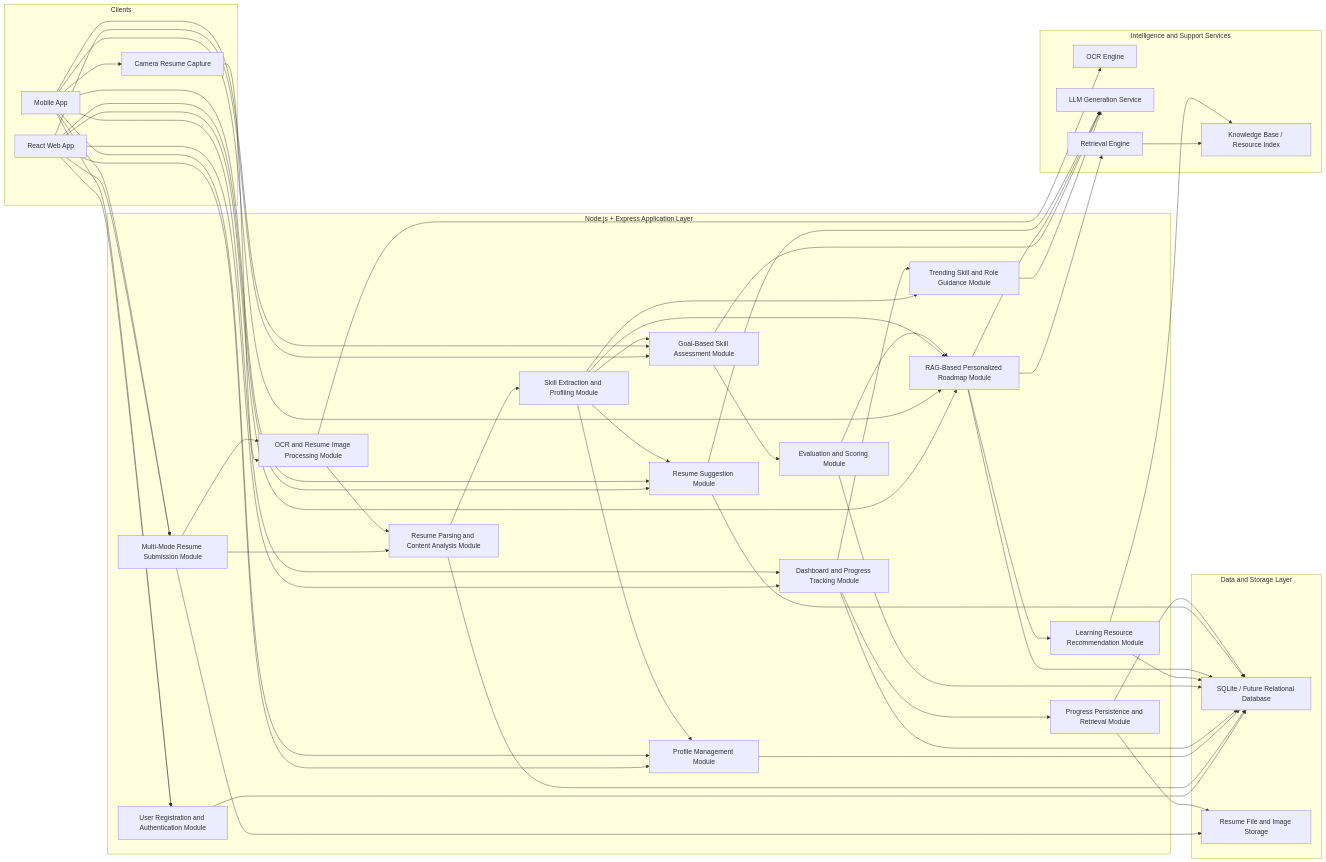
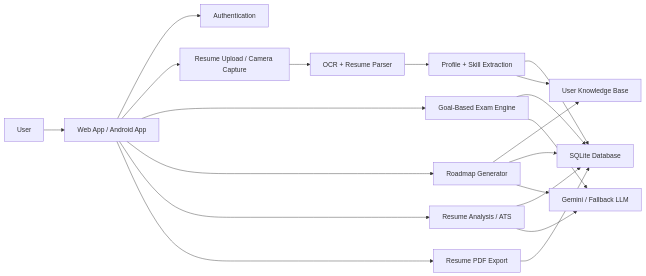
Before and after one commit to arjunsanthosh2609/SkillBridge: the diagram in SkillBridge/SkillBridge_Architecture_Diagram.md, drawn with Mermaid. The commit also changed other lines of this file and 524 other files, not shown here.

Commit message:
resolved roadmap issue

````diff
--- a/SkillBridge/SkillBridge_Architecture_Diagram.md
+++ b/SkillBridge/SkillBridge_Architecture_Diagram.md
@@ -3,95 +3,40 @@
 ```mermaid
 flowchart LR
-    subgraph Clients
-        WEB[React Web App]
-        MOBILE[Mobile App]
-        CAMERA[Camera Resume Capture]
-    end
+    USER["User"]
+    CLIENT["Web App / Android App"]
+    AUTH["Authentication"]
+    UPLOAD["Resume Upload / Camera Capture"]
+    OCR["OCR + Resume Parser"]
+    PROFILE["Profile + Skill Extraction"]
+    DB["SQLite Database"]
+    USERKB["User Knowledge Base"]
+    EXAM["Goal-Based Exam Engine"]
+    ROADMAP["Roadmap Generator"]
+    ATS["Resume Analysis / ATS"]
+    PDF["Resume PDF Export"]
+    LLM["Gemini / Fallback LLM"]
 
-    subgraph API["Node.js + Express Application Layer"]
-        AUTH[User Registration and Authentication Module]
-        SUBMIT[Multi-Mode Resume Submission Module]
-        OCRMOD[OCR and Resume Image Processing Module]
-        PARSER[Resume Parsing and Content Analysis Module]
-        SKILL[Skill Extraction and Profiling Module]
-        PROFILE[Profile Management Module]
-        DASH[Dashboard and Progress Tracking Module]
-        TREND[Trending Skill and Role Guidance Module]
-        EXAM[Goal-Based Skill Assessment Module]
-        SCORE[Evaluation and Scoring Module]
-        ROADMAP[RAG-Based Personalized Roadmap Module]
-        RESOURCE[Learning Resource Recommendation Module]
-        SUGGEST[Resume Suggestion Module]
-        PERSIST[Progress Persistence and Retrieval Module]
-    end
+    USER --> CLIENT
+    CLIENT --> AUTH
+    CLIENT --> UPLOAD
+    UPLOAD --> OCR
+    OCR --> PROFILE
+    PROFILE --> DB
+    PROFILE --> USERKB
 
-    subgraph Intelligence["Intelligence and Support Services"]
-        OCR[OCR Engine]
-        LLM[LLM Generation Service]
-        RETRIEVE[Retrieval Engine]
-        KB[Knowledge Base / Resource Index]
-    end
+    CLIENT --> EXAM
+    EXAM --> DB
+    EXAM --> LLM
 
-    subgraph Data["Data and Storage Layer"]
-        DB[SQLite / Future Relational Database]
-        FILES[Resume File and Image Storage]
-    end
+    CLIENT --> ROADMAP
+    ROADMAP --> USERKB
+    ROADMAP --> DB
+    ROADMAP --> LLM
 
-    WEB --> AUTH
-    WEB --> SUBMIT
-    WEB --> PROFILE
-    WEB --> DASH
-    WEB --> EXAM
-    WEB --> ROADMAP
-    WEB --> SUGGEST
+    CLIENT --> ATS
+    ATS --> DB
+    ATS --> LLM
 
-    MOBILE --> AUTH
-    MOBILE --> SUBMIT
-    MOBILE --> PROFILE
-    MOBILE --> DASH
-    MOBILE --> EXAM
-    MOBILE --> ROADMAP
-    MOBILE --> SUGGEST
-    MOBILE --> CAMERA
-    CAMERA --> OCRMOD
-
-    AUTH --> DB
-    SUBMIT --> FILES
-    SUBMIT --> OCRMOD
-    SUBMIT --> PARSER
-    OCRMOD --> OCR
-    OCRMOD --> PARSER
-    PARSER --> SKILL
-    PARSER --> DB
-    SKILL --> PROFILE
-    SKILL --> TREND
-    SKILL --> EXAM
-    SKILL --> ROADMAP
-    SKILL --> SUGGEST
-
-    PROFILE --> DB
-    DASH --> DB
-    DASH --> TREND
-    DASH --> PERSIST
-
-    TREND --> LLM
-
-    EXAM --> LLM
-    EXAM --> SCORE
-    SCORE --> DB
-    SCORE --> ROADMAP
-
-    ROADMAP --> RETRIEVE
-    RETRIEVE --> KB
-    ROADMAP --> LLM
-    ROADMAP --> RESOURCE
-    RESOURCE --> KB
-    RESOURCE --> DB
-    ROADMAP --> DB
-
-    SUGGEST --> LLM
-    SUGGEST --> DB
-
-    PERSIST --> DB
-    PERSIST --> FILES
+    CLIENT --> PDF
+    PDF --> DB
 ```
````
